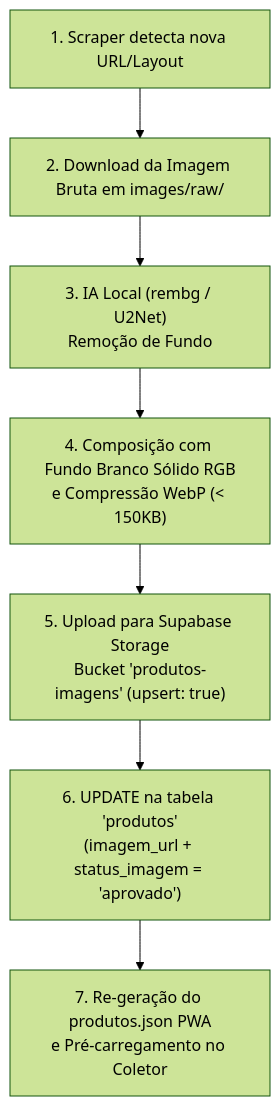
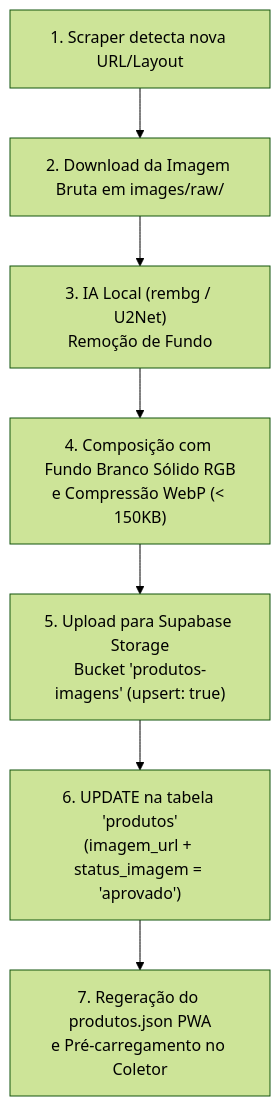
The second of 2 diagrams in docs/processamento-imagens.md (NaejBarbosa/paletscan-etl), drawn with Mermaid (forest theme) before and after one commit. The commit also changed other lines of this file and 4 other files, not shown here.

Commit message:
docs: refinamento mobile com diagramas verticais e revisao gramatical PT-BR

````diff
--- a/docs/processamento-imagens.md
+++ b/docs/processamento-imagens.md
@@ -60,9 +60,9 @@
 ```mermaid
 flowchart TD
     A["1. Scraper detecta nova URL/Layout"] --> B["2. Download da Imagem Bruta em images/raw/"]
     B --> C["3. IA Local (rembg / U2Net)\nRemoção de Fundo"]
     C --> D["4. Composição com Fundo Branco Sólido RGB\ne Compressão WebP (< 150KB)"]
     D --> E["5. Upload para Supabase Storage\nBucket 'produtos-imagens' (upsert: true)"]
     E --> F["6. UPDATE na tabela 'produtos'\n(imagem_url + status_imagem = 'aprovado')"]
-    F --> G["7. Re-geração do produtos.json PWA\ne Pré-carregamento no Coletor"]
+    F --> G["7. Regeração do produtos.json PWA\ne Pré-carregamento no Coletor"]
 ```
````
